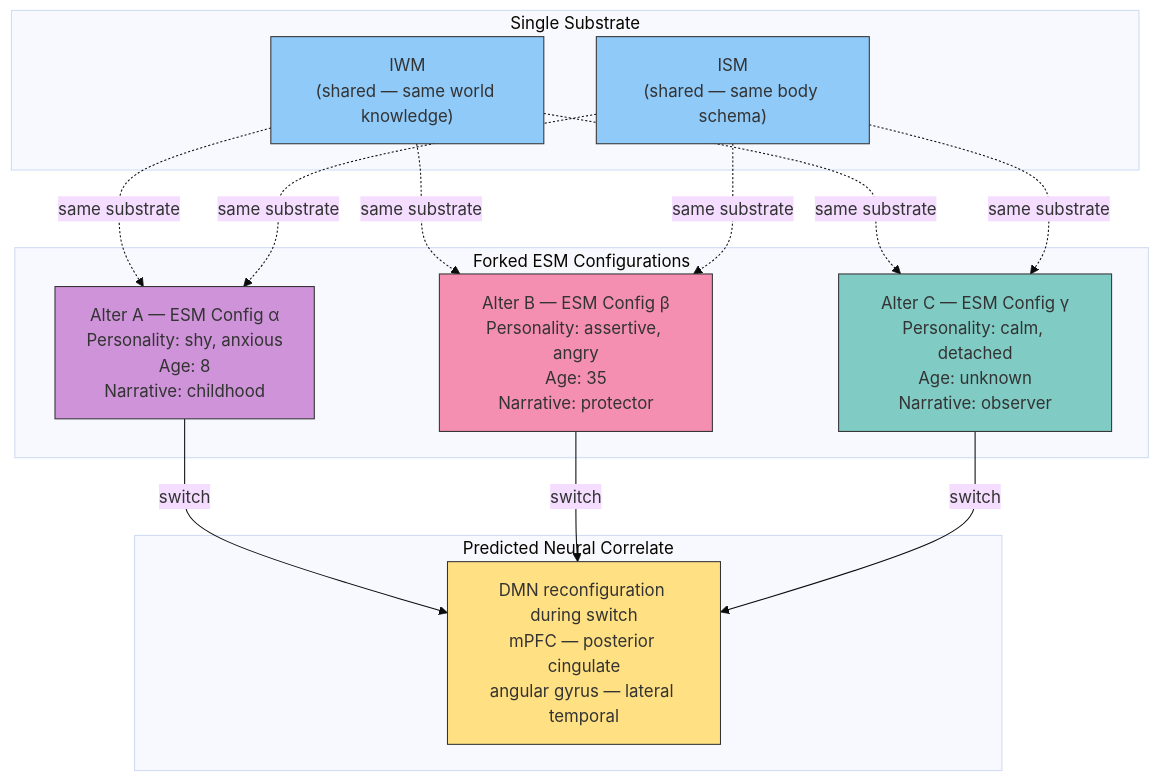
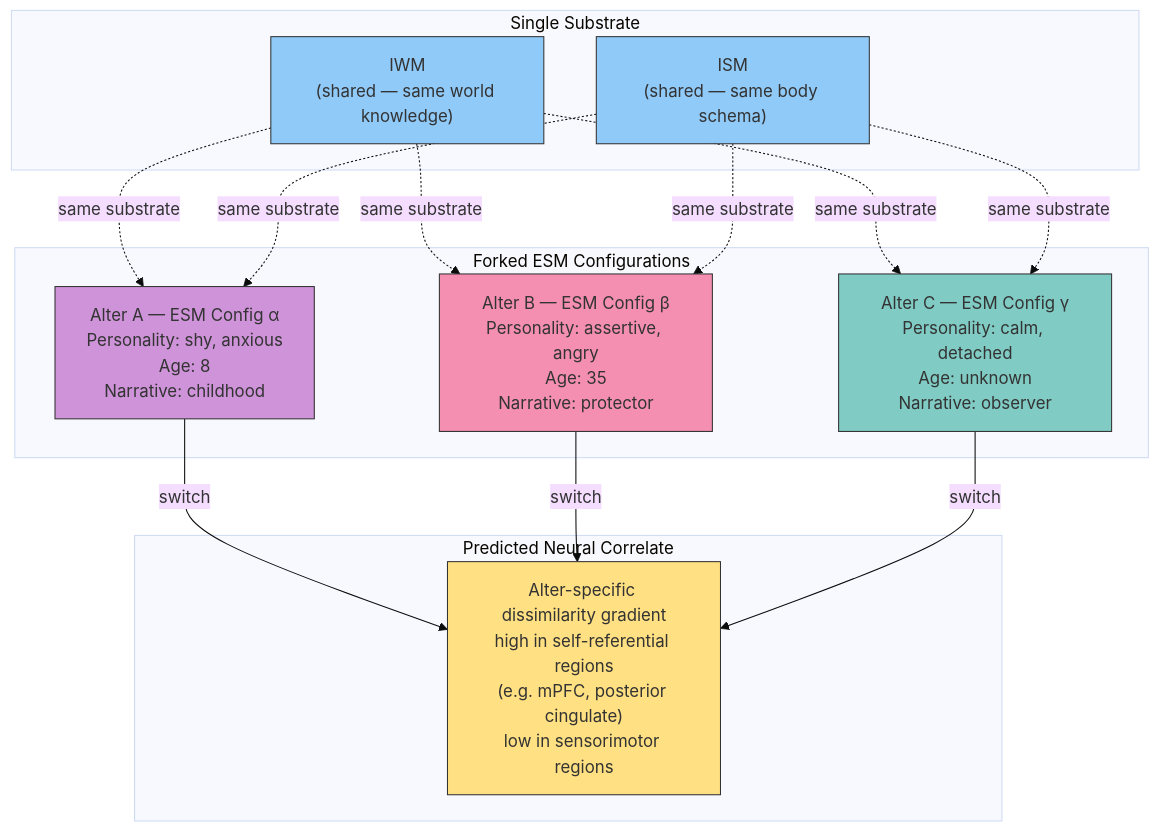
Before and after one commit to JeltzProstetnic/aIware: the diagram in wiki/predictions/prediction-3-did.md, drawn with Mermaid (base theme). The commit also changed other lines of this file and 124 other files, not shown here.

````diff
--- a/wiki/predictions/prediction-3-did.md
+++ b/wiki/predictions/prediction-3-did.md
@@ -25,35 +25,35 @@
 ```mermaid
 graph TD
     subgraph "Single Substrate"
         IWM["IWM\n(shared — same world knowledge)"]
         ISM["ISM\n(shared — same body schema)"]
     end
 
     subgraph "Forked ESM Configurations"
         ALTER_A["Alter A — ESM Config α\nPersonality: shy, anxious\nAge: 8\nNarrative: childhood"]
         ALTER_B["Alter B — ESM Config β\nPersonality: assertive, angry\nAge: 35\nNarrative: protector"]
         ALTER_C["Alter C — ESM Config γ\nPersonality: calm, detached\nAge: unknown\nNarrative: observer"]
     end
 
     IWM -.->|"same substrate"| ALTER_A
     IWM -.->|"same substrate"| ALTER_B
     IWM -.->|"same substrate"| ALTER_C
     ISM -.->|"same substrate"| ALTER_A
     ISM -.->|"same substrate"| ALTER_B
     ISM -.->|"same substrate"| ALTER_C
 
     subgraph "Predicted Neural Correlate"
-        DMN["DMN reconfiguration during switch\nmPFC — posterior cingulate\nangular gyrus — lateral temporal"]
+        DMN["Alter-specific dissimilarity gradient\nhigh in self-referential regions\n(e.g. mPFC, posterior cingulate)\nlow in sensorimotor regions"]
     end
 
     ALTER_A -->|"switch"| DMN
     ALTER_B -->|"switch"| DMN
     ALTER_C -->|"switch"| DMN
 
     style IWM fill:#90CAF9,stroke:#333
     style ISM fill:#90CAF9,stroke:#333
     style ALTER_A fill:#CE93D8,stroke:#333
     style ALTER_B fill:#F48FB1,stroke:#333
     style ALTER_C fill:#80CBC4,stroke:#333
     style DMN fill:#FFE082,stroke:#333
 ```
````
